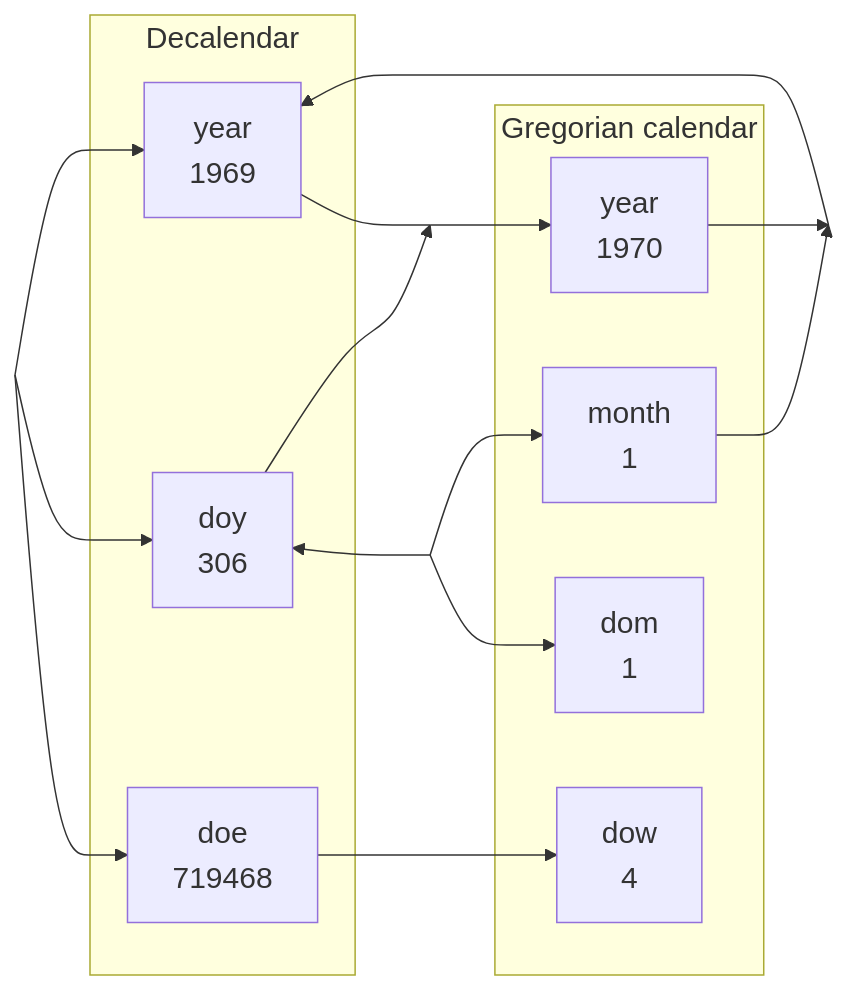
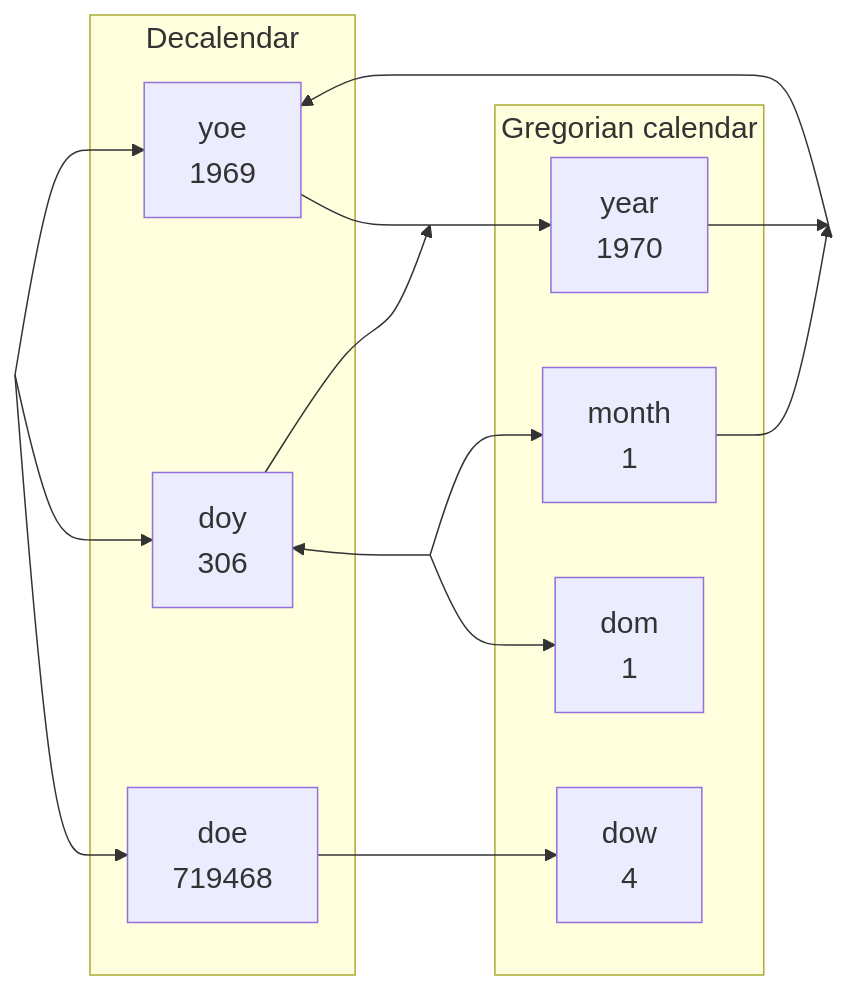
One commit to maptv/maptv.github.io changed the third of 3 diagrams in dec/date/index.qmd. Above: the diagram before and after it, drawn with Mermaid. The commit also changed other lines of this file and 2 other files, not shown here.

````diff
--- a/dec/date/index.qmd
+++ b/dec/date/index.qmd
@@ -313,44 +321,44 @@
 ```{mermaid}
 %%| label: conversionchart
 %%{init: {'theme': 'default', 'themeVariables': { 'fontSize': '20px'}}}%%
 flowchart LR
    L~~~Y
    L-->Y
    L-->D
    L-->E
    R-->Y
    M-->R[  ]:::empty
    D-->A
    D~~~B[  ]:::empty
    A-->G
    G-->R
    Y~~~L[  ]:::empty
    Y---A[  ]:::empty
    Y~~~A
    B-->M
    B~~~N
    B-->N
    B-->D
    B~~~D
    N~~~B
    E-->W
    subgraph decdate[Decalendar]
-   Y[year<br>1969]
+   Y[yoe<br>1969]
    D[doy<br>306]
    E[doe<br>719468]
    end
    subgraph gregdate[Gregorian calendar]
    W[dow<br>4]
    G[year<br>1970]
    M[month<br>1]
    N[dom<br>1]
    end
    classDef empty width:0px;
    click E "#doe"
    click W "#dow"
-   click Y "#eya"
+   click Y "#yoe"
    click D "#doy"
    click G "#eya"
    click M "#moy"
    click N "#dom"
 ```
````
